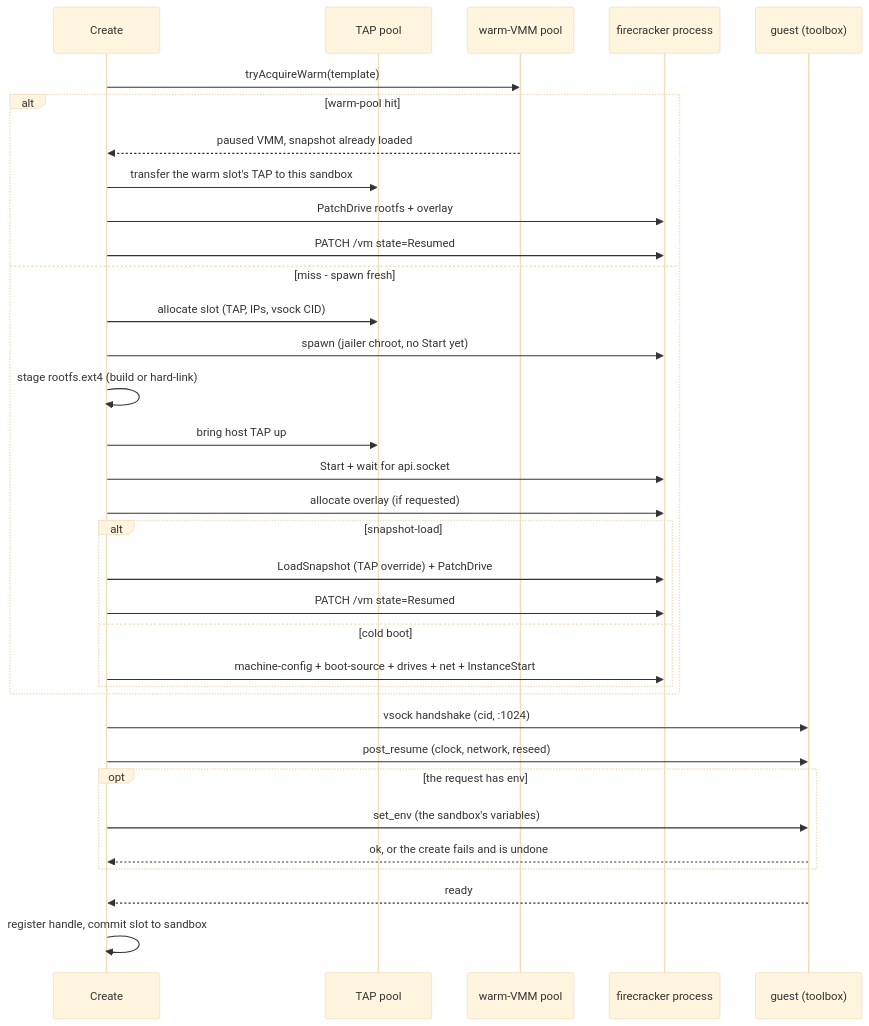
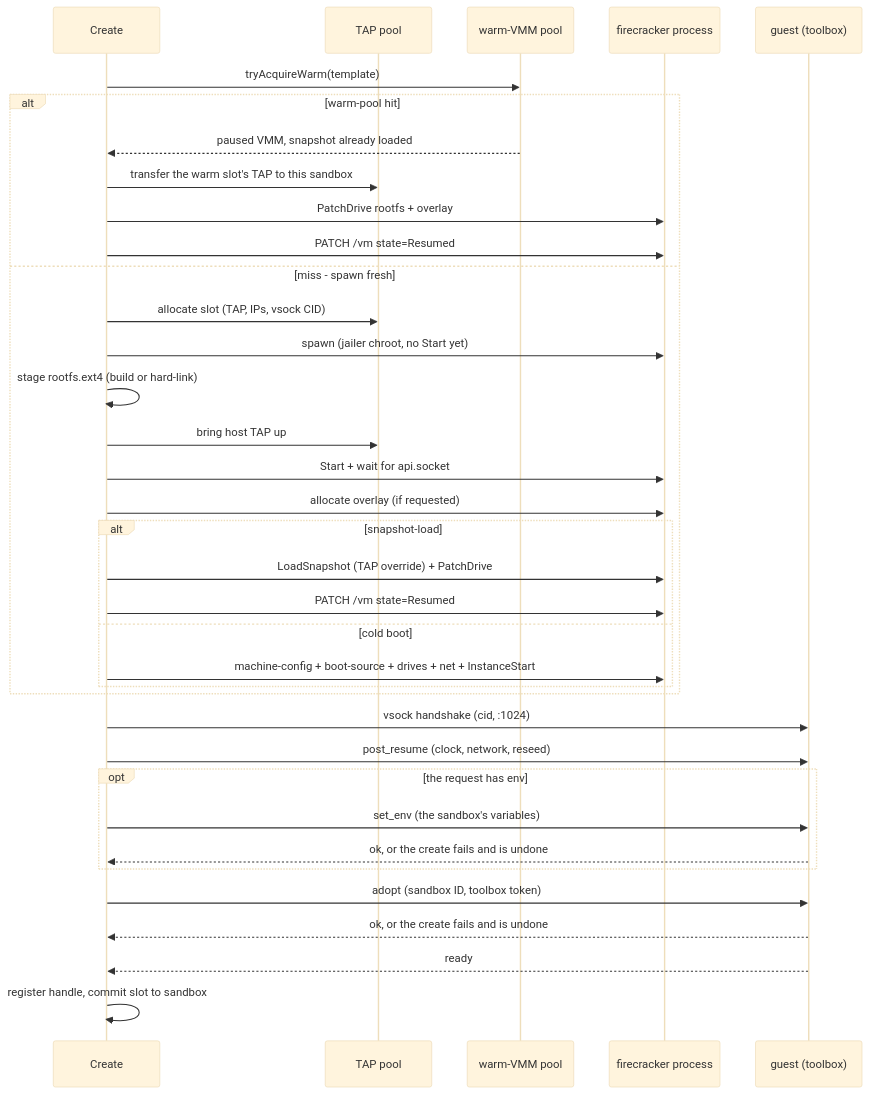
The third of 5 diagrams in docs/src/content/docs/firecracker-architecture.mdx (aerol-ai/microvm), drawn with Mermaid (base theme) before and after one commit. The commit also changed other lines of this file and 3 other files, not shown here.

````diff
--- a/docs/src/content/docs/firecracker-architecture.mdx
+++ b/docs/src/content/docs/firecracker-architecture.mdx
@@ -117,37 +117,39 @@
 ```mermaid
 sequenceDiagram
     participant C as Create
     participant TAP as TAP pool
     participant W as warm-VMM pool
     participant FC as firecracker process
     participant G as guest (toolbox)
 
     C->>W: tryAcquireWarm(template)
     alt warm-pool hit
         W-->>C: paused VMM, snapshot already loaded
         C->>TAP: transfer the warm slot's TAP to this sandbox
         C->>FC: PatchDrive rootfs + overlay
         C->>FC: PATCH /vm state=Resumed
     else miss - spawn fresh
         C->>TAP: allocate slot (TAP, IPs, vsock CID)
         C->>FC: spawn (jailer chroot, no Start yet)
         C->>C: stage rootfs.ext4 (build or hard-link)
         C->>TAP: bring host TAP up
         C->>FC: Start + wait for api.socket
         C->>FC: allocate overlay (if requested)
         alt snapshot-load
             C->>FC: LoadSnapshot (TAP override) + PatchDrive
             C->>FC: PATCH /vm state=Resumed
         else cold boot
             C->>FC: machine-config + boot-source + drives + net + InstanceStart
         end
     end
     C->>G: vsock handshake (cid, :1024)
     C->>G: post_resume (clock, network, reseed)
     opt the request has env
         C->>G: set_env (the sandbox's variables)
         G-->>C: ok, or the create fails and is undone
     end
+    C->>G: adopt (sandbox ID, toolbox token)
+    G-->>C: ok, or the create fails and is undone
     G-->>C: ready
     C->>C: register handle, commit slot to sandbox
 ```
````
